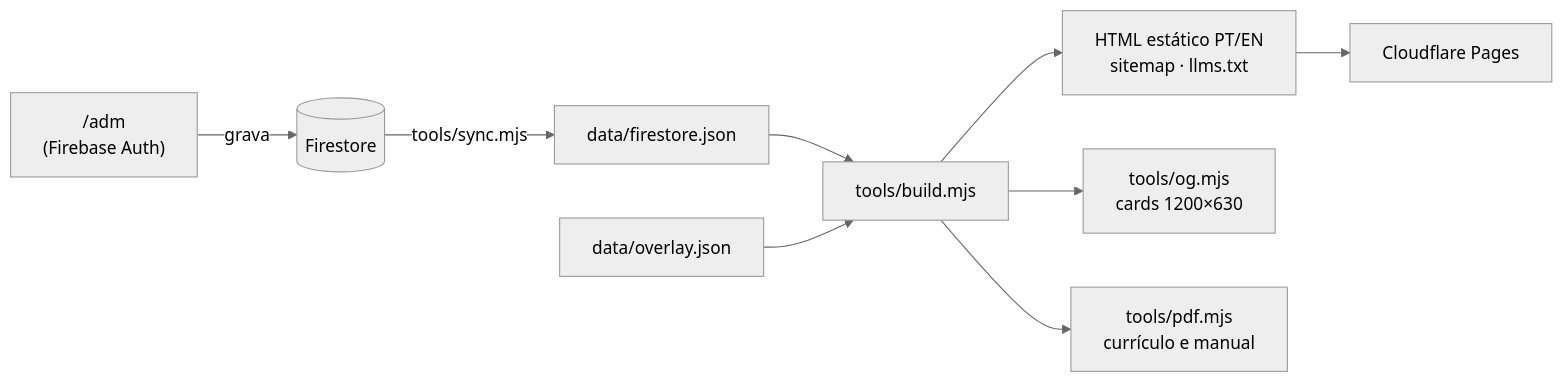
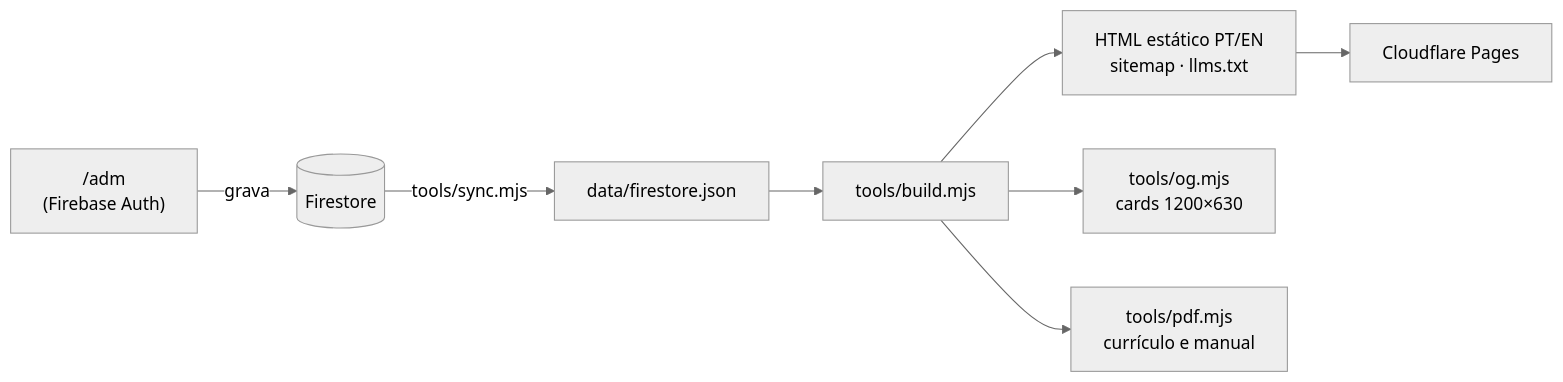
The diagram in README.md (Davicjc/PortfolioPessoal), drawn with Mermaid (neutral theme) before and after one commit. The commit also changed other lines of this file and 69 other files, not shown here.

````diff
--- a/README.md
+++ b/README.md
@@ -39,11 +39,10 @@
 ```mermaid
 flowchart LR
   adm["/adm<br>(Firebase Auth)"] -- grava --> fs[(Firestore)]
   fs -- tools/sync.mjs --> json[data/firestore.json]
   json --> build[tools/build.mjs]
-  overlay[data/overlay.json] --> build
   build --> paginas["HTML estático PT/EN<br>sitemap · llms.txt"]
   build --> og["tools/og.mjs<br>cards 1200×630"]
   build --> pdf["tools/pdf.mjs<br>currículo e manual"]
   paginas --> cf[Cloudflare Pages]
 ```
````
